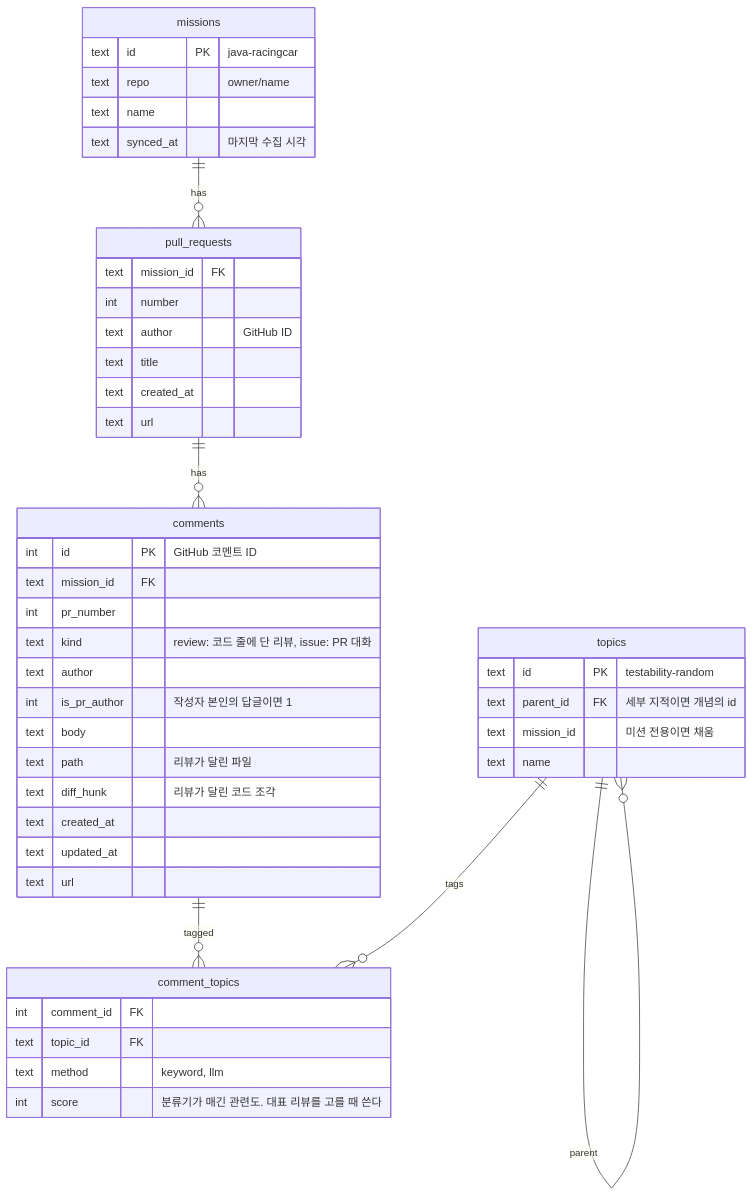
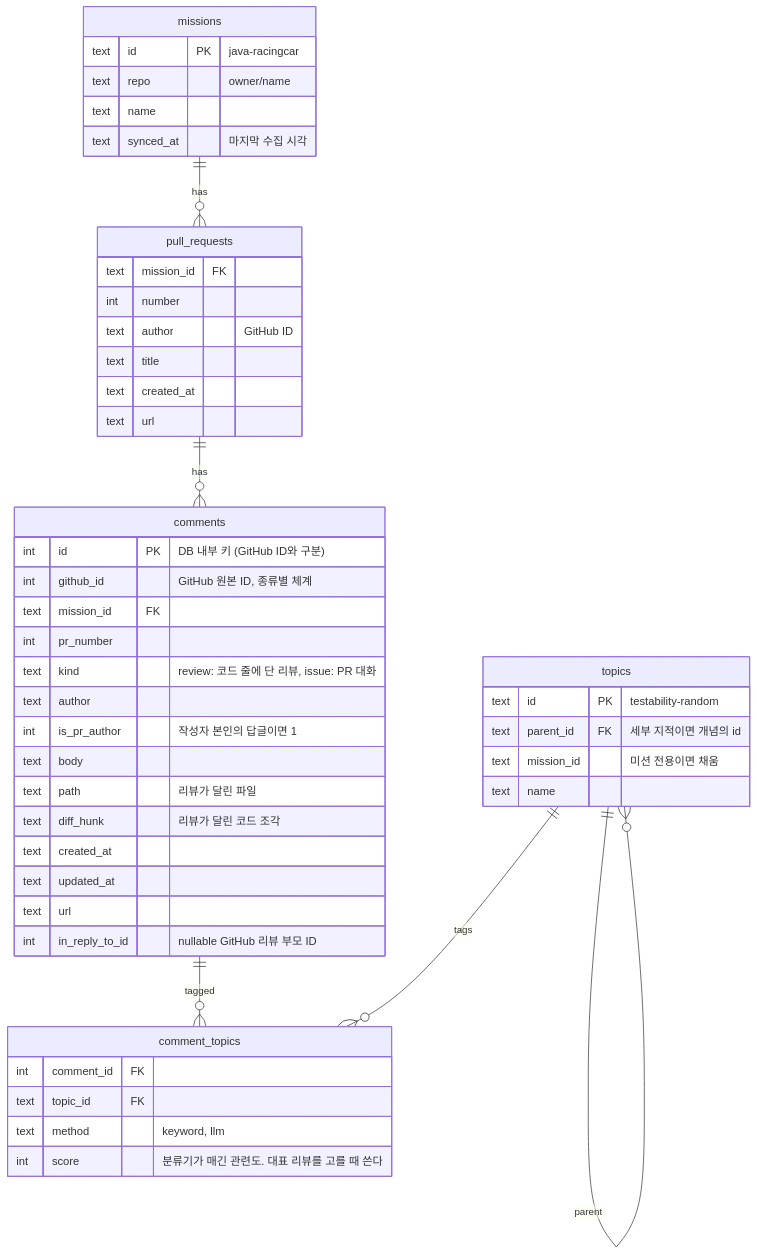
The second of 3 diagrams in docs/tool-spec.md (cho-log/cholog-mcp), drawn with Mermaid before and after one commit. The commit also changed other lines of this file and 6 other files, not shown here.

````diff
--- a/docs/tool-spec.md
+++ b/docs/tool-spec.md
@@ -204,49 +219,51 @@
 ```mermaid
 erDiagram
     missions ||--o{ pull_requests : has
     pull_requests ||--o{ comments : has
     comments ||--o{ comment_topics : tagged
     topics ||--o{ comment_topics : tags
     topics ||--o{ topics : parent
 
     missions {
         text id PK "java-racingcar"
         text repo "owner/name"
         text name
         text synced_at "마지막 수집 시각"
     }
     pull_requests {
         text mission_id FK
         int number
         text author "GitHub ID"
         text title
         text created_at
         text url
     }
     comments {
-        int id PK "GitHub 코멘트 ID"
+        int id PK "DB 내부 키 (GitHub ID와 구분)"
+        int github_id "GitHub 원본 ID, 종류별 체계"
         text mission_id FK
         int pr_number
         text kind "review: 코드 줄에 단 리뷰, issue: PR 대화"
         text author
         int is_pr_author "작성자 본인의 답글이면 1"
         text body
         text path "리뷰가 달린 파일"
         text diff_hunk "리뷰가 달린 코드 조각"
         text created_at
         text updated_at
         text url
+        int in_reply_to_id "nullable GitHub 리뷰 부모 ID"
     }
     topics {
         text id PK "testability-random"
         text parent_id FK "세부 지적이면 개념의 id"
         text mission_id "미션 전용이면 채움"
         text name
     }
     comment_topics {
         int comment_id FK
         text topic_id FK
         text method "keyword, llm"
         int score "분류기가 매긴 관련도. 대표 리뷰를 고를 때 쓴다"
     }
 ```
````
